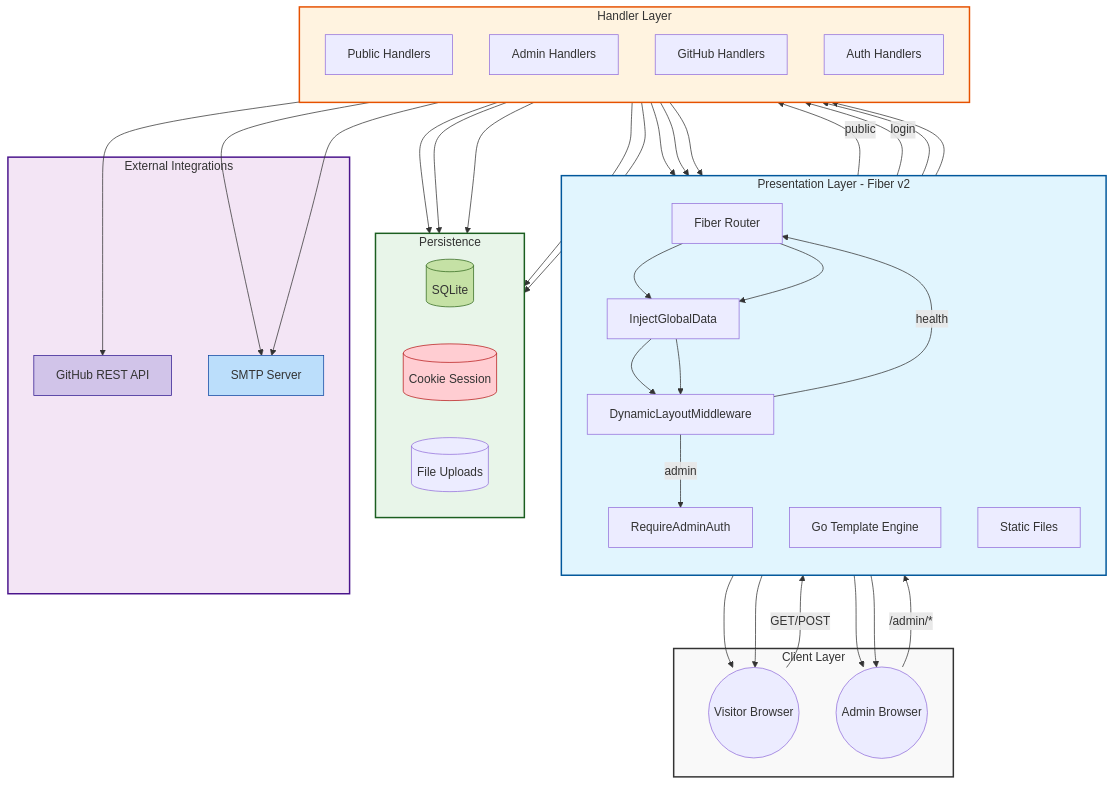
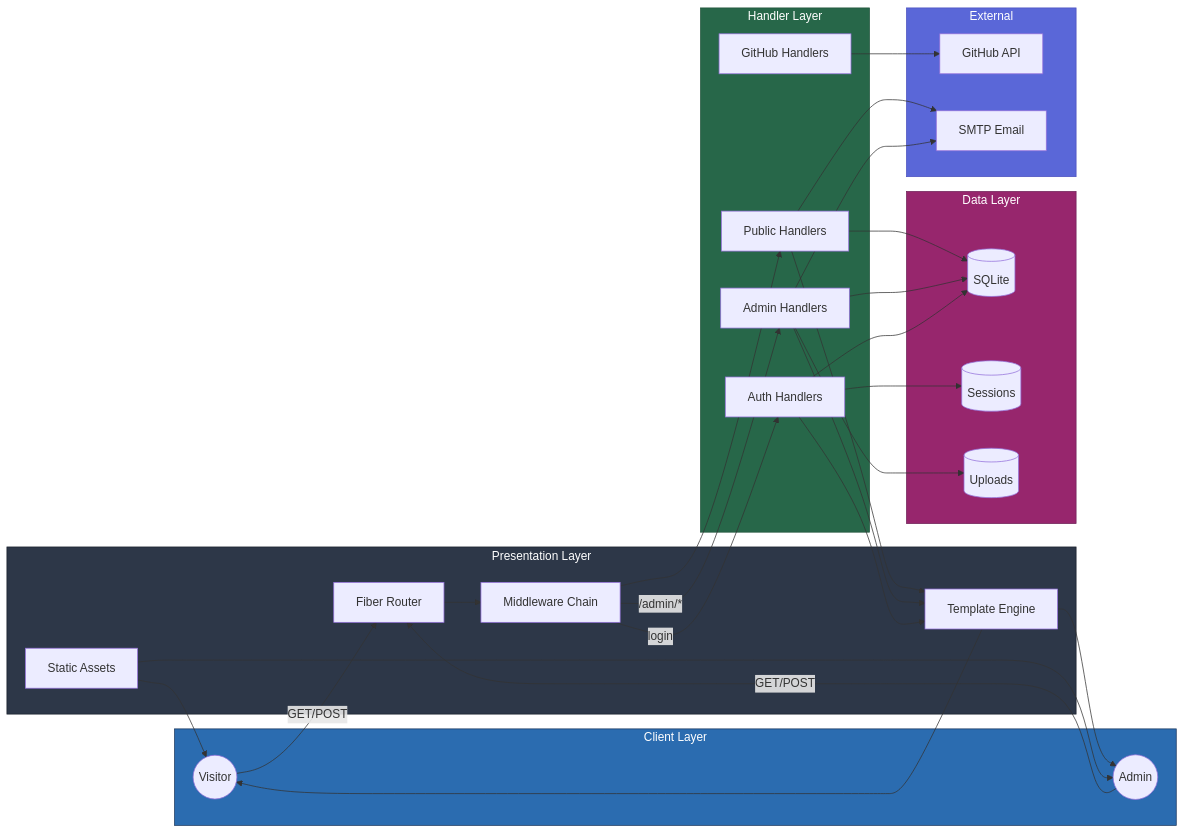
The diagram in README.md (C9b3rD3vi1/forge), drawn with Mermaid before and after one commit. The commit also changed other lines of this file, not shown here.

Commit message:
refactor: redesign mermaid diagram with LR layout and better color scheme

````diff
--- a/README.md
+++ b/README.md
@@ -139,81 +139,60 @@
 ```mermaid
-graph TB
-    subgraph Client_Layer[Client Layer]
-        Visitor((Visitor Browser))
-        Admin((Admin Browser))
+graph LR
+    subgraph Client[Client Layer]
+        Visitor((Visitor))
+        Admin((Admin))
     end
 
-    subgraph Presentation_Layer[Presentation Layer - Fiber v2]
-        direction TB
+    subgraph Presentation[Presentation Layer]
         Router[Fiber Router]
-        MW_Inject[InjectGlobalData]
-        MW_Layout[DynamicLayoutMiddleware]
-        MW_Auth[RequireAdminAuth]
-        TEngine[Go Template Engine]
-        Static[Static Files]
+        MW[Middleware Chain]
+        TEngine[Template Engine]
+        Static[Static Assets]
     end
 
-    subgraph Handler_Layer[Handler Layer]
-        direction TB
-        PublicH[Public Handlers]
+    subgraph Handlers[Handler Layer]
+        Public[Public Handlers]
         AdminH[Admin Handlers]
-        GitHubH[GitHub Handlers]
-        AuthH[Auth Handlers]
+        Auth[Auth Handlers]
+        GitHub[GitHub Handlers]
     end
 
-    subgraph Data_Layer[Persistence]
-        direction LR
+    subgraph Persistence[Data Layer]
         DB[(SQLite)]
-        Session[(Cookie Session)]
-        Uploads[(File Uploads)]
+        Sess[(Sessions)]
+        Files[(Uploads)]
     end
 
-    subgraph External_Layer[External Integrations]
-        GH_API[GitHub REST API]
-        SMTP[SMTP Server]
+    subgraph External[External]
+        GH_API[GitHub API]
+        SMTP[SMTP Email]
     end
 
     Visitor -->|GET/POST| Router
-    Router --> MW_Inject
-    MW_Inject --> MW_Layout
-    MW_Layout -->|public| PublicH
-    MW_Layout -->|health| Router
-    PublicH --> DB
-    PublicH --> SMTP
-
-    Admin -->|/admin/*| Router
-    Router --> MW_Inject
-    MW_Inject --> MW_Layout
-    MW_Layout -->|login| AuthH
-    MW_Layout -->|admin| MW_Auth
-    MW_Auth --> AdminH
-    MW_Auth --> AuthH
+    Admin -->|GET/POST| Router
+    Router --> MW
+    MW --> Public
+    MW -->|/admin/*| AdminH
+    MW -->|login| Auth
+    Public --> DB
+    Public --> SMTP
     AdminH --> DB
-    AdminH --> Uploads
+    AdminH --> Files
     AdminH --> SMTP
-
-    AuthH --> Session
-    AuthH --> DB
-
-    GitHubH --> GH_API
-
-    PublicH --> TEngine
+    Auth --> Sess
+    Auth --> DB
+    GitHub --> GH_API
+    Public --> TEngine
     AdminH --> TEngine
-    AuthH --> TEngine
+    Auth --> TEngine
     TEngine --> Visitor
     TEngine --> Admin
-
     Static --> Visitor
     Static --> Admin
 
-    style Client_Layer fill:#f9f9f9,stroke:#333,stroke-width:2px
-    style Presentation_Layer fill:#e1f5fe,stroke:#01579b,stroke-width:2px
-    style Handler_Layer fill:#fff3e0,stroke:#e65100,stroke-width:2px
-    style Data_Layer fill:#e8f5e9,stroke:#1b5e20,stroke-width:2px
-    style External_Layer fill:#f3e5f5,stroke:#4a148c,stroke-width:2px
-    
-    style DB fill:#C5E1A5,stroke:#33691E
-    style Session fill:#FFCDD2,stroke:#B71C1C
-    style GH_API fill:#D1C4E9,stroke:#311B92
-    style SMTP fill:#BBDEFB,stroke:#0D47A1
+    style Client fill:#2b6cb0,stroke:#1a365d,color:#fff
+    style Presentation fill:#2d3748,stroke:#1a202c,color:#fff
+    style Handlers fill:#276749,stroke:#22543d,color:#fff
+    style Persistence fill:#97266d,stroke:#702459,color:#fff
+    style External fill:#5a67d8,stroke:#4c51bf,color:#fff
 ```
````
